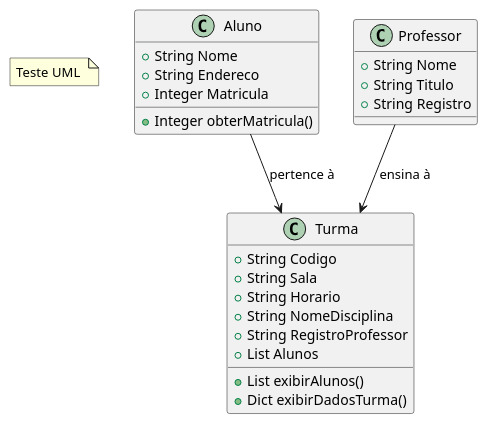
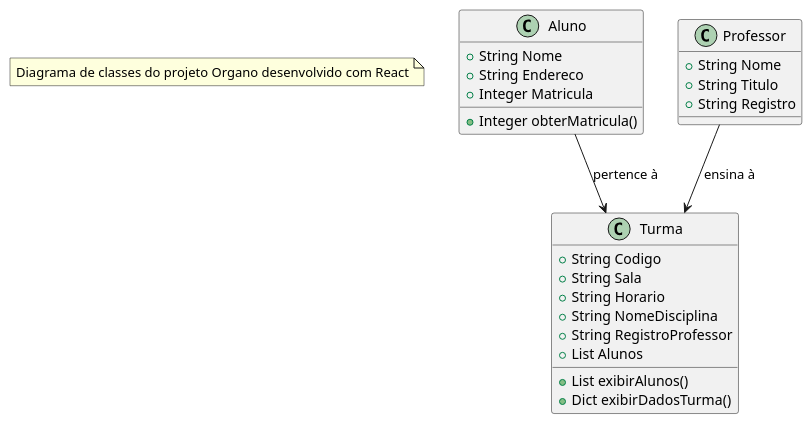
Before and after one commit to romstk/organo: the diagram in docs/classe.plantuml, drawn with PlantUML. The commit also changed 5 other files, not shown here.

```diff
--- a/docs/classe.plantuml
+++ b/docs/classe.plantuml
@@ -1,39 +1,39 @@
 @startuml NomeDoProjeto 
 
 note as primeiraNota
-        Teste UML 
+        Diagrama de classes do projeto Organo desenvolvido com React
 end note
 
 
 class Aluno {
 	+String Nome
 	+String Endereco 
 	+Integer Matricula 
 
 	+Integer obterMatricula() 
 
 }
 
 
 class Turma {
     +String Codigo 
     +String Sala 
     +String Horario
     +String NomeDisciplina 
     +String RegistroProfessor 
     +List Alunos
     +List exibirAlunos()
     +Dict exibirDadosTurma()
 }
 
 class Professor {
     +String Nome
     +String Titulo 
     +String Registro 
     
 }
 
 Aluno --> Turma : pertence à
 Professor --> Turma : ensina à 
 
 @enduml
```
